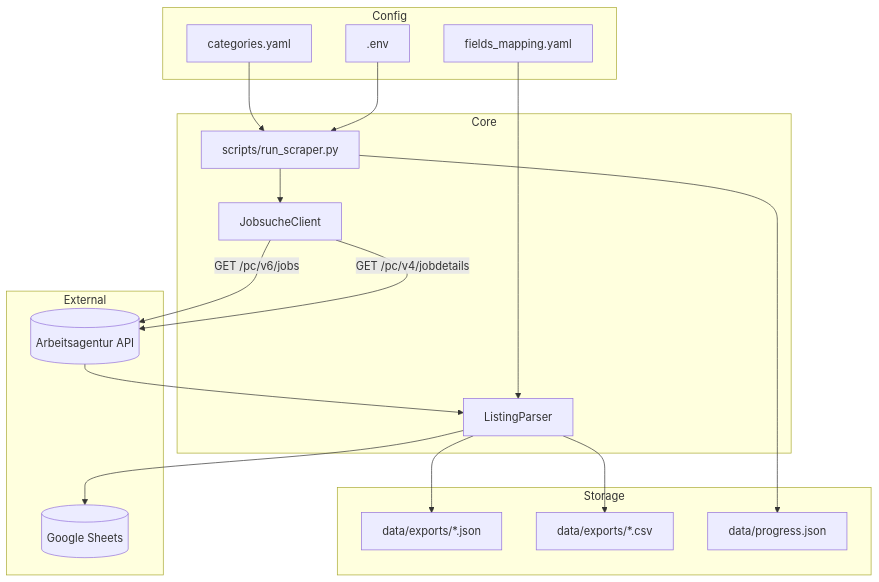
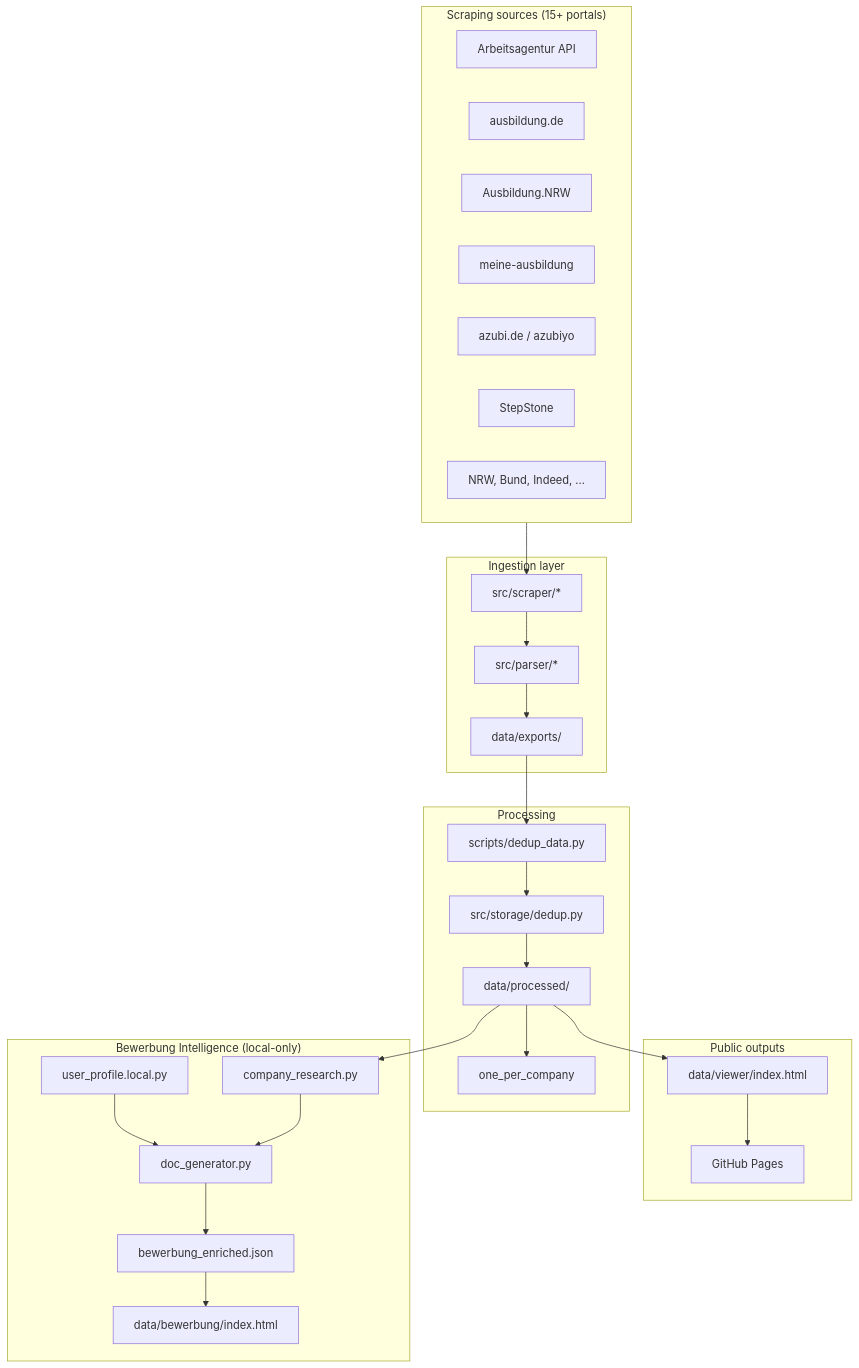
The first of 2 diagrams in docs/ARCHITECTURE.md (Acimdamero/ausbildung-scraper), drawn with Mermaid before and after one commit. The commit also changed other lines of this file and 1876 other files, not shown here.

First line of the commit message:
Add AusbildungHunter Intelligence portfolio setup with privacy guards.

````diff
--- a/docs/ARCHITECTURE.md
+++ b/docs/ARCHITECTURE.md
@@ -7,37 +7,46 @@
 ```mermaid
 flowchart TB
-    subgraph Config
-        CAT[categories.yaml]
-        FLD[fields_mapping.yaml]
-        ENV[.env]
+    subgraph Sources["Scraping sources (15+ portals)"]
+        BA[Arbeitsagentur API]
+        AD[ausbildung.de]
+        NRW[Ausbildung.NRW]
+        MA[meine-ausbildung]
+        AZ[azubi.de / azubiyo]
+        ST[StepStone]
+        Others[NRW, Bund, Indeed, ...]
     end
 
-    subgraph Core
-        RUN[scripts/run_scraper.py]
-        API[JobsucheClient]
-        PAR[ListingParser]
+    subgraph Ingest["Ingestion layer"]
+        SCR[src/scraper/*]
+        PAR[src/parser/*]
+        EXP[data/exports/]
     end
 
-    subgraph External
-        BA[(Arbeitsagentur API)]
-        GS[(Google Sheets)]
+    subgraph Process["Processing"]
+        DED[src/storage/dedup.py]
+        DEDSCRIPT[scripts/dedup_data.py]
+        PROC[data/processed/]
+        OPC[one_per_company]
     end
 
-    subgraph Storage
-        JSON[data/exports/*.json]
-        CSV[data/exports/*.csv]
-        PRG[data/progress.json]
+    subgraph Output["Public outputs"]
+        VIEW[data/viewer/index.html]
+        PAGES[GitHub Pages]
     end
 
-    CAT --> RUN
-    FLD --> PAR
-    ENV --> RUN
-    RUN --> API
-    API -->|GET /pc/v6/jobs| BA
-    API -->|GET /pc/v4/jobdetails| BA
-    BA --> PAR
-    PAR --> JSON
-    PAR --> CSV
-    PAR --> GS
-    RUN --> PRG
+    subgraph Bewerbung["Bewerbung Intelligence (local-only)"]
+        PROF[user_profile.local.py]
+        RES[company_research.py]
+        DOC[doc_generator.py]
+        ENR[bewerbung_enriched.json]
+        BUI[data/bewerbung/index.html]
+    end
+
+    Sources --> SCR --> PAR --> EXP
+    EXP --> DEDSCRIPT --> DED --> PROC
+    PROC --> VIEW --> PAGES
+    PROC --> OPC
+    PROC --> RES
+    PROF --> DOC
+    RES --> DOC --> ENR --> BUI
 ```
````
